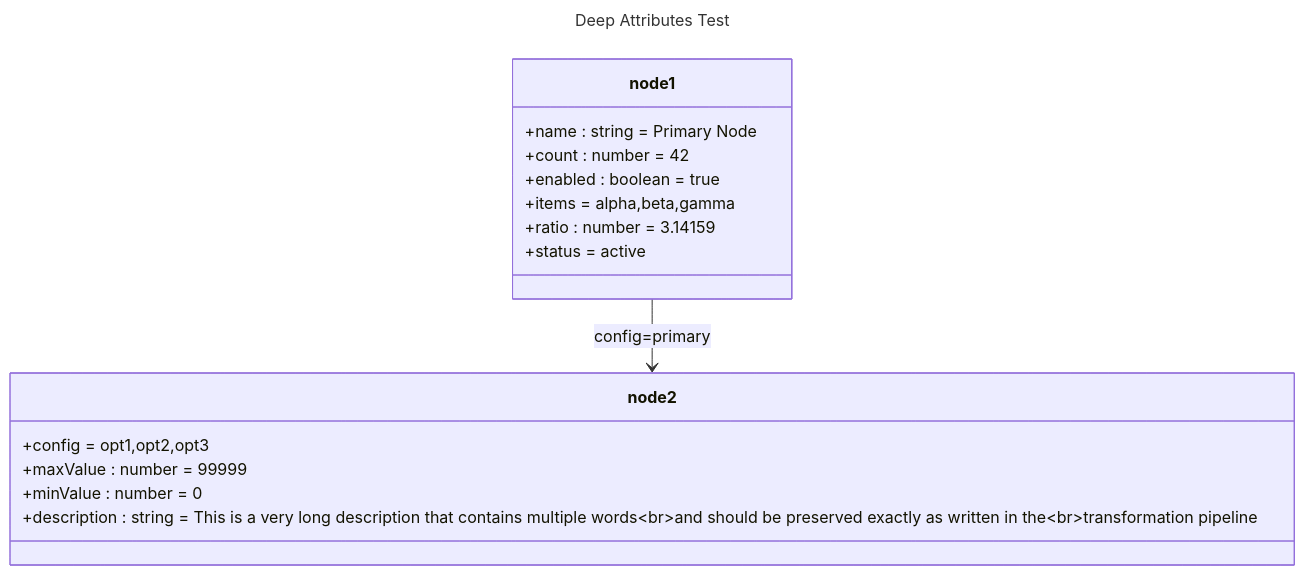
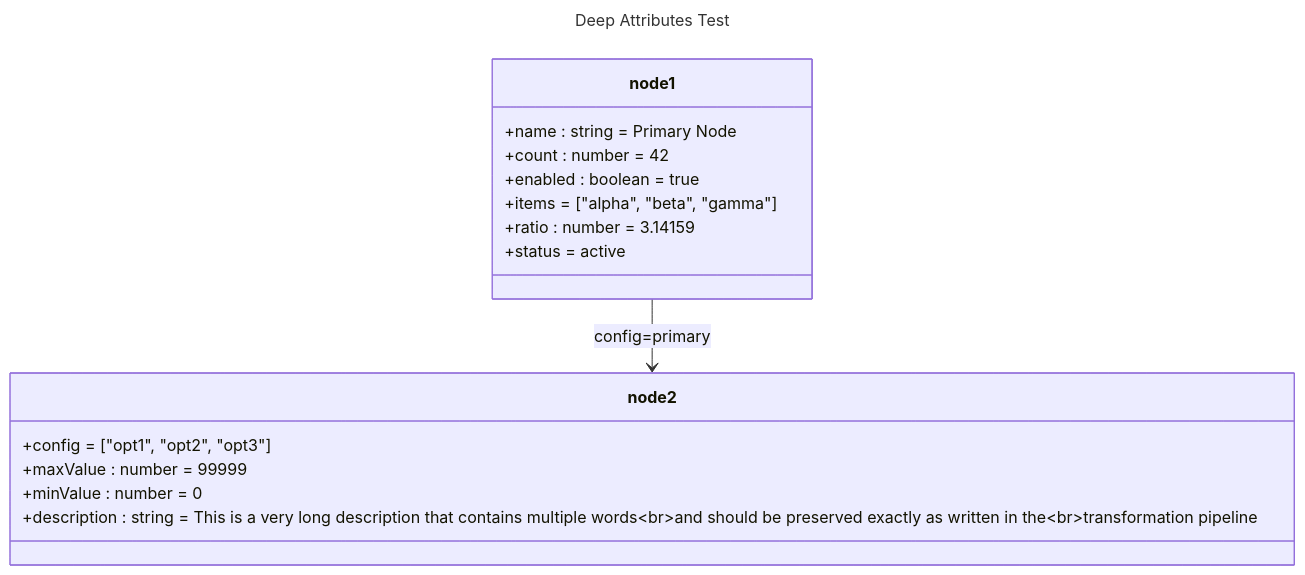
One commit to christopherdebeer/machine changed the diagram in test-output/generative/deep_attributes.md. Above: the diagram before and after it, drawn with Mermaid. The commit also changed other lines of this file and 29 other files, not shown here.

````diff
--- a/test-output/generative/deep_attributes.md
+++ b/test-output/generative/deep_attributes.md
@@ -26,30 +26,30 @@
 ```mermaid
 ---
 "title": "Deep Attributes Test"
 config:
     class:
         hideEmptyMembersBox: true
 ---
 classDiagram-v2
     class node1 {
     
     +name : string = Primary Node
 +count : number = 42
 +enabled : boolean = true
-+items = alpha,beta,gamma
++items = ["alpha", "beta", "gamma"]
 +ratio : number = 3.14159
 +status = active
   }
 
   class node2 {
     
-    +config = opt1,opt2,opt3
+    +config = ["opt1", "opt2", "opt3"]
 +maxValue : number = 99999
 +minValue : number = 0
 +description : string = This is a very long description that contains multiple words<br/>and should be preserved exactly as written in the<br/>transformation pipeline
   }
     node1 --> node2 : config=primary
   
   
 
 ```
````
